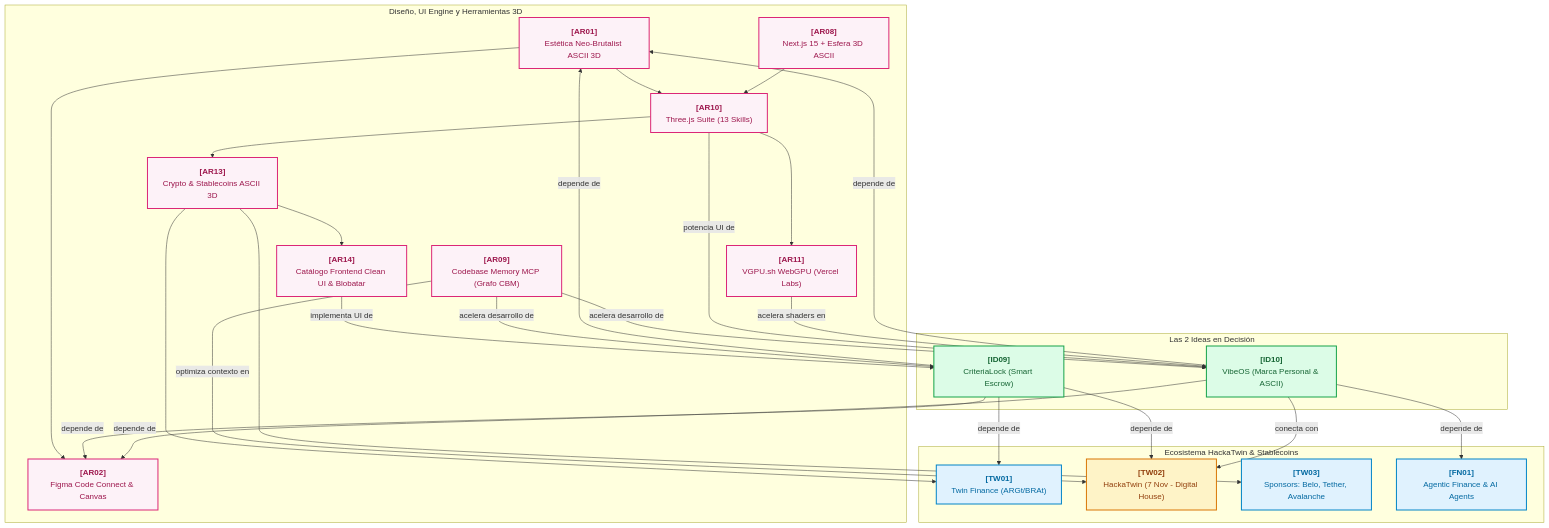
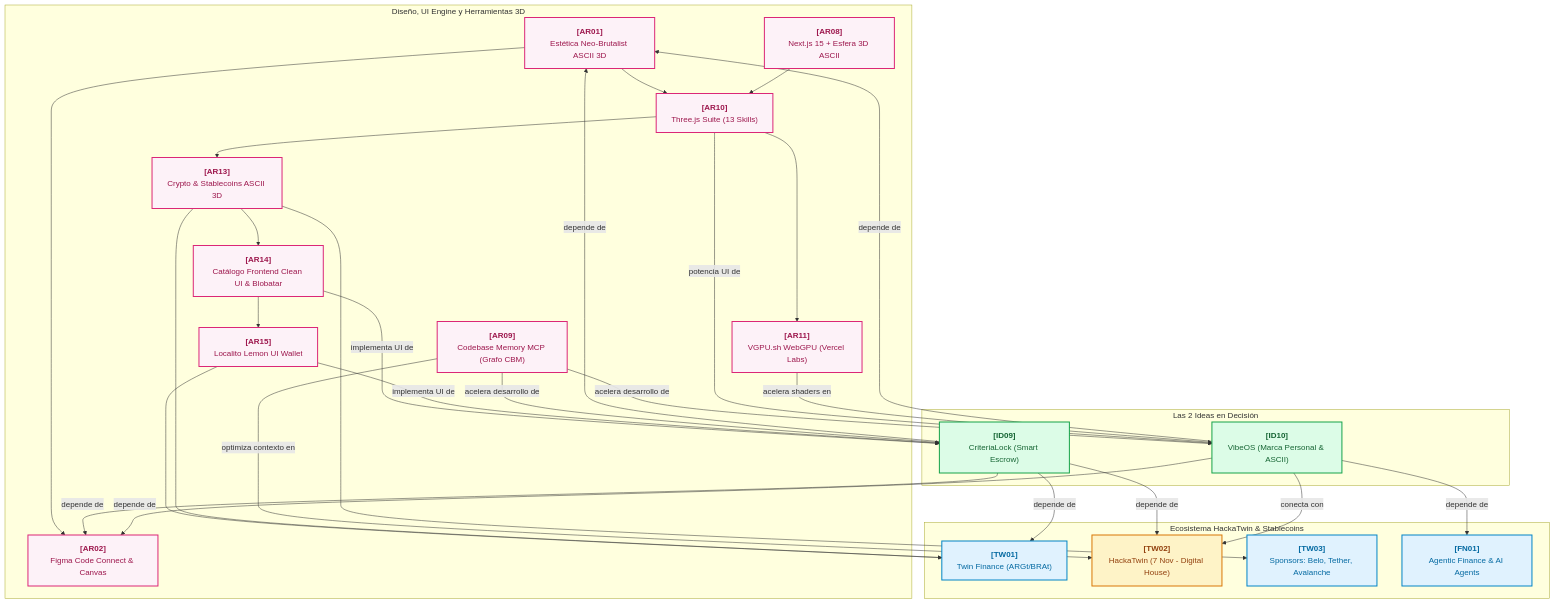
Before and after one commit to Voyager-Ov/cerebro-propuesta: the diagram in docs/cerebro/README.md, drawn with Mermaid. The commit also changed 5 other files, not shown here.

Commit message:
feat(frontend+cerebro): App Localito Lemon UI Wallet, ruta /localito y nodo AR15 para Engel

````diff
--- a/docs/cerebro/README.md
+++ b/docs/cerebro/README.md
@@ -19,56 +19,60 @@
 ```mermaid
 flowchart TD
     classDef hackathon fill:#fef3c7,stroke:#d97706,stroke-width:2px,color:#92400e;
     classDef patron fill:#ede9fe,stroke:#7c3aed,stroke-width:2px,color:#5b21b6;
     classDef situacion fill:#fee2e2,stroke:#dc2626,stroke-width:2px,color:#991b1b;
     classDef idea fill:#dcfce7,stroke:#16a34a,stroke-width:2px,color:#166534;
     classDef fintech fill:#e0f2fe,stroke:#0284c7,stroke-width:2px,color:#0369a1;
     classDef arquitectura fill:#fdf2f8,stroke:#db2777,stroke-width:2px,color:#9d174d;
 
     subgraph SG_diseno_arquitectura ["Diseño, UI Engine y Herramientas 3D"]
         node_AR01["<b>[AR01]</b><br/>Estética Neo-Brutalist ASCII 3D"]:::arquitectura
         node_AR02["<b>[AR02]</b><br/>Figma Code Connect & Canvas"]:::arquitectura
         node_AR08["<b>[AR08]</b><br/>Next.js 15 + Esfera 3D ASCII"]:::arquitectura
         node_AR09["<b>[AR09]</b><br/>Codebase Memory MCP (Grafo CBM)"]:::arquitectura
         node_AR10["<b>[AR10]</b><br/>Three.js Suite (13 Skills)"]:::arquitectura
         node_AR11["<b>[AR11]</b><br/>VGPU.sh WebGPU (Vercel Labs)"]:::arquitectura
         node_AR13["<b>[AR13]</b><br/>Crypto & Stablecoins ASCII 3D"]:::arquitectura
         node_AR14["<b>[AR14]</b><br/>Catálogo Frontend Clean UI & Blobatar"]:::arquitectura
+        node_AR15["<b>[AR15]</b><br/>Localito Lemon UI Wallet"]:::arquitectura
     end
 
     subgraph SG_ideas_equipo ["Las 2 Ideas en Decisión"]
         node_ID09["<b>[ID09]</b><br/>CriteriaLock (Smart Escrow)"]:::idea
         node_ID10["<b>[ID10]</b><br/>VibeOS (Marca Personal & ASCII)"]:::idea
     end
 
     subgraph SG_ecosistema_fintech ["Ecosistema HackaTwin & Stablecoins"]
         node_TW01["<b>[TW01]</b><br/>Twin Finance (ARGt/BRAt)"]:::fintech
         node_TW02["<b>[TW02]</b><br/>HackaTwin (7 Nov - Digital House)"]:::hackathon
         node_TW03["<b>[TW03]</b><br/>Sponsors: Belo, Tether, Avalanche"]:::fintech
         node_FN01["<b>[FN01]</b><br/>Agentic Finance & AI Agents"]:::fintech
     end
 
     node_AR01 --> node_AR02
     node_AR01 --> node_AR10
     node_AR10 --> node_AR11
     node_AR10 --> node_AR13
     node_AR13 --> node_AR14
+    node_AR14 --> node_AR15
     node_AR14 -->|implementa UI de| node_ID09
+    node_AR15 -->|implementa UI de| node_ID09
+    node_AR15 --> node_TW01
     node_AR13 --> node_TW01
     node_AR13 --> node_TW03
     node_AR08 --> node_AR10
     node_AR09 -->|acelera desarrollo de| node_ID09
     node_AR09 -->|acelera desarrollo de| node_ID10
     node_AR09 -->|optimiza contexto en| node_TW02
     node_AR10 -->|potencia UI de| node_ID10
     node_AR11 -->|acelera shaders en| node_ID10
     node_ID09 -->|depende de| node_TW01
     node_ID09 -->|depende de| node_TW02
     node_ID09 -->|depende de| node_AR01
     node_ID09 -->|depende de| node_AR02
 
     node_ID10 -->|depende de| node_AR01
     node_ID10 -->|depende de| node_AR02
     node_ID10 -->|depende de| node_FN01
     node_ID10 -->|conecta con| node_TW02
 ```
````
